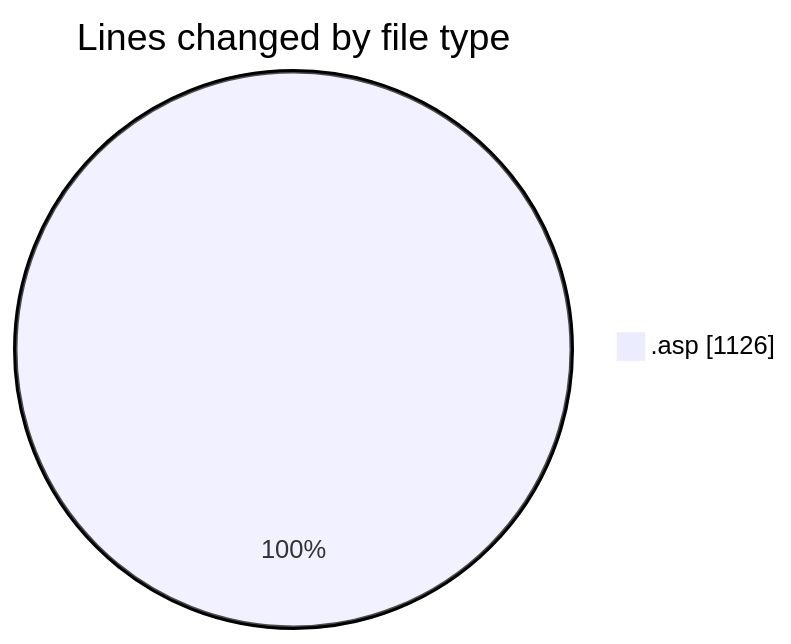
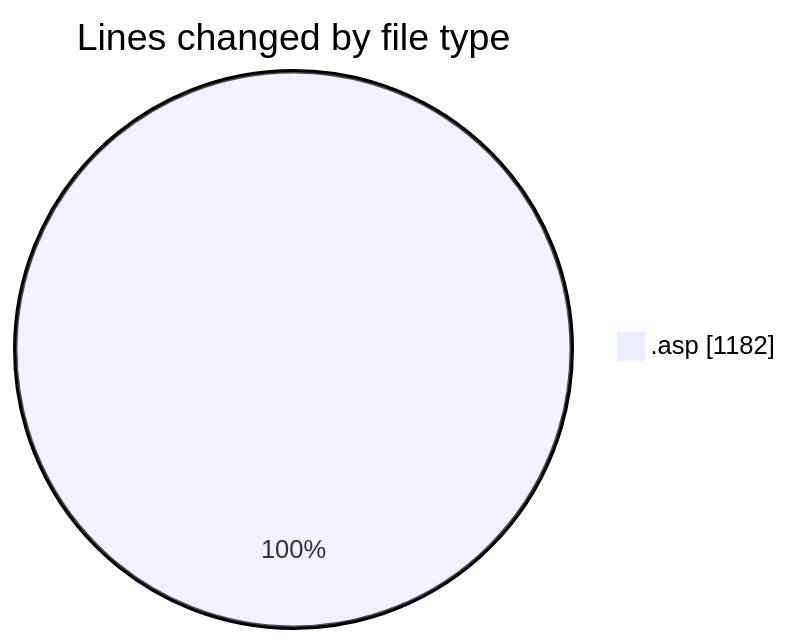
Before and after one commit to julien-gomy/code-tracking: the first of 2 diagrams in 2025-10-28/usr_aleoudev_fr__workspace_/README.md, drawn with Mermaid. The commit also changed other lines of this file and 1 other file, not shown here.

````diff
--- a/2025-10-28/usr_aleoudev_fr__workspace_/README.md
+++ b/2025-10-28/usr_aleoudev_fr__workspace_/README.md
@@ -25,5 +25,5 @@
 ```mermaid
 pie showData
 title Lines changed by file type
-".asp" : 1126
+".asp" : 1182
 ```
````
